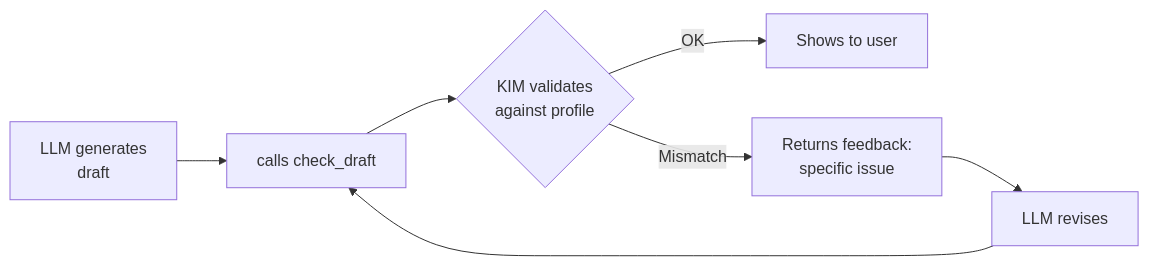
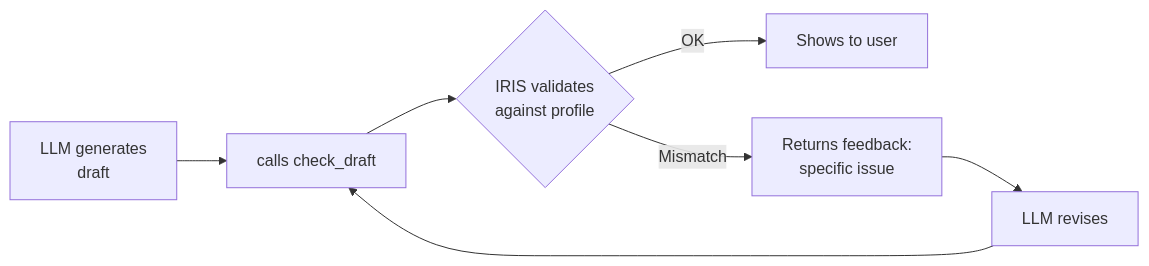
Before and after one commit to JuanWiegmann/IRIS: the fourth of 7 diagrams in ARCHITECTURE.md, drawn with Mermaid. The commit also changed other lines of this file and 70 other files, not shown here.

````diff
--- a/ARCHITECTURE.md
+++ b/ARCHITECTURE.md
@@ -172,8 +172,8 @@
 ```mermaid
 graph LR
     A[LLM generates<br>draft] --> B[calls check_draft]
-    B --> C{KIM validates<br>against profile}
+    B --> C{IRIS validates<br>against profile}
     C -->|OK| D[Shows to user]
     C -->|Mismatch| E[Returns feedback:<br>specific issue]
     E --> F[LLM revises] --> B
 ```
````
